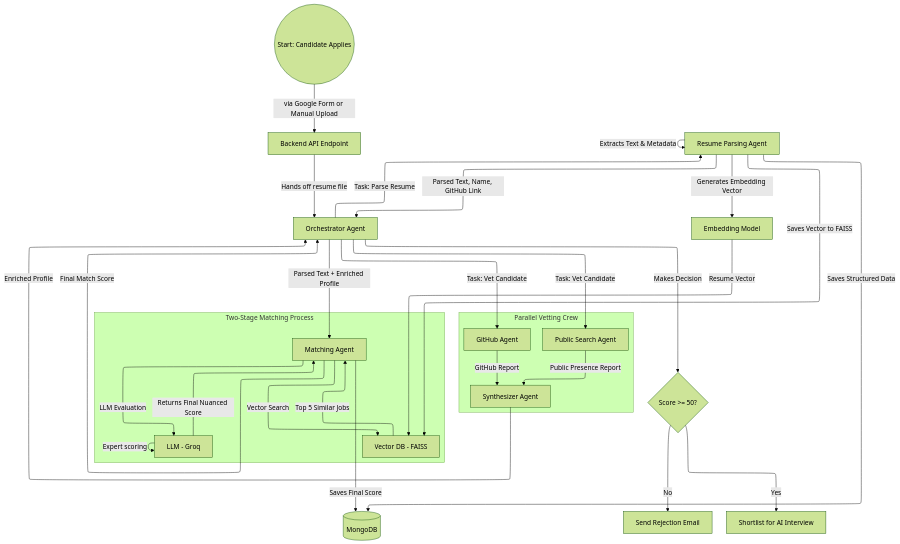
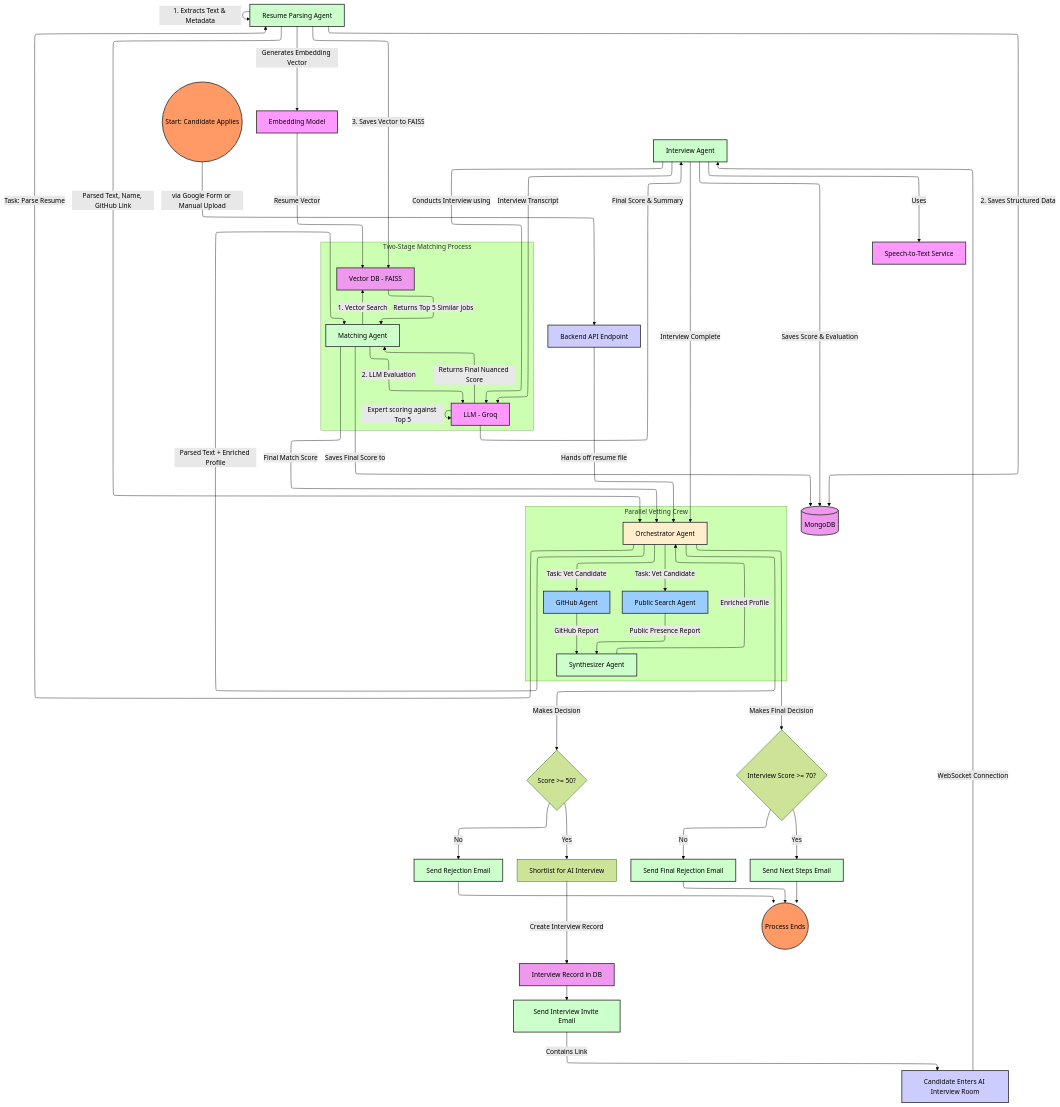
One commit to deepeshyadav760/multiagent_ai_hiring_system changed the diagram in README.md. Above: the diagram before and after it, drawn with Mermaid (forest theme).

````diff
--- a/README.md
+++ b/README.md
@@ -48,74 +48,86 @@
   layout: elk
 ---
 flowchart TB
+ subgraph Parallel_Vetting_Crew["Parallel Vetting Crew"]
+    direction LR
+        GitHub["GitHub Agent"]
+        Orchestrator["Orchestrator Agent"]
+        Search["Public Search Agent"]
+        Synthesizer["Synthesizer Agent"]
+  end
+ subgraph Two_Stage_Matching["Two-Stage Matching Process"]
+    direction TB
+        FAISS["Vector DB - FAISS"]
+        Matcher["Matching Agent"]
+        LLM["LLM - Groq"]
+  end
+    Start(("Start: Candidate Applies")) -- via Google Form or Manual Upload --> API["Backend API Endpoint"]
+    API -- Hands off resume file --> Orchestrator
+    Orchestrator -- Task: Parse Resume --> Parser["Resume Parsing Agent"]
+    Parser -- "1. Extracts Text & Metadata" --> Parser
+    Parser -- Generates Embedding Vector --> Embedding["Embedding Model"]
+    Parser -- "2. Saves Structured Data" --> MongoDB[("MongoDB")]
+    Embedding -- Resume Vector --> FAISS
+    Parser -- "3. Saves Vector to FAISS" --> FAISS
+    Parser -- Parsed Text, Name, GitHub Link --> Orchestrator
+    Orchestrator -- Task: Vet Candidate --> GitHub & Search
+    GitHub -- GitHub Report --> Synthesizer
+    Search -- Public Presence Report --> Synthesizer
+    Synthesizer -- Enriched Profile --> Orchestrator
+    Orchestrator -- Parsed Text + Enriched Profile --> Matcher
+    Matcher -- "1. Vector Search" --> FAISS
+    FAISS -- Returns Top 5 Similar Jobs --> Matcher
+    Matcher -- "2. LLM Evaluation" --> LLM
+    LLM -- Expert scoring against Top 5 --> LLM
+    LLM -- Returns Final Nuanced Score --> Matcher
+    Matcher -- Final Match Score --> Orchestrator
+    Matcher -- Saves Final Score to --> MongoDB
+    Orchestrator -- Makes Decision --> Decision{"Score >= 50?"}
+    Decision -- No --> RejectEmail["Send Rejection Email"]
+    Decision -- Yes --> Shortlist["Shortlist for AI Interview"]
+    Shortlist -- Create Interview Record --> CreateInterview["Interview Record in DB"]
+    CreateInterview --> InviteEmail["Send Interview Invite Email"]
+    InviteEmail -- Contains Link --> InterviewUI["Candidate Enters AI Interview Room"]
+    InterviewUI -- WebSocket Connection --> Interviewer["Interview Agent"]
+    Interviewer -- Conducts Interview using --> LLM
+    Interviewer -- Uses --> STT["Speech-to-Text Service"]
+    Interviewer -- Interview Transcript --> LLM
+    LLM -- Final Score & Summary --> Interviewer
+    Interviewer -- Saves Score & Evaluation --> MongoDB
+    Interviewer -- Interview Complete --> Orchestrator
+    Orchestrator -- Makes Final Decision --> FinalDecision{"Interview Score >= 70?"}
+    FinalDecision -- No --> FinalReject["Send Final Rejection Email"]
+    FinalDecision -- Yes --> Hire["Send Next Steps Email"]
+    RejectEmail --> End(("Process Ends"))
+    FinalReject --> End
+    Hire --> End
 
-%% =========================
-%%     PARALLEL VETTING CREW
-%% =========================
-subgraph Parallel_Vetting_Crew["Parallel Vetting Crew"]
-    direction LR
-    GitHub["GitHub Agent"]
-    Search["Public Search Agent"]
-    Synthesizer["Synthesizer Agent"]
-end
-
-%% =========================
-%%     TWO STAGE MATCHING
-%% =========================
-subgraph Two_Stage_Matching["Two-Stage Matching Process"]
-    direction TB
-    Matcher["Matching Agent"]
-    FAISS["Vector DB - FAISS"]
-    LLM["LLM - Groq"]
-end
-
-%% =========================
-%%     MAIN WORKFLOW
-%% =========================
-
-Start(("Start: Candidate Applies"))
-    -->|via Google Form or Manual Upload| API["Backend API Endpoint"]
-
-API -->|Hands off resume file| Orchestrator["Orchestrator Agent"]
-
-%% Parsing
-Orchestrator -->|Task: Parse Resume| Parser["Resume Parsing Agent"]
-
-Parser -->|"Extracts Text & Metadata"| Parser
-Parser -->|Generates Embedding Vector| Embedding["Embedding Model"]
-Parser -->|"Saves Structured Data"| MongoDB[("MongoDB")]
-
-Embedding -->|Resume Vector| FAISS
-
-Parser -->|"Saves Vector to FAISS"| FAISS
-Parser -->|Parsed Text, Name, GitHub Link| Orchestrator
-
-%% Parallel Vetting
-Orchestrator -->|Task: Vet Candidate| GitHub
-Orchestrator -->|Task: Vet Candidate| Search
-
-GitHub -->|GitHub Report| Synthesizer
-Search -->|Public Presence Report| Synthesizer
-
-Synthesizer -->|Enriched Profile| Orchestrator
-
-%% Matching
-Orchestrator -->|Parsed Text + Enriched Profile| Matcher
-
-Matcher -->|"Vector Search"| FAISS
-FAISS -->|Top 5 Similar Jobs| Matcher
-
-Matcher -->|"LLM Evaluation"| LLM
-LLM -->|Expert scoring| LLM
-LLM -->|Returns Final Nuanced Score| Matcher
-
-Matcher -->|Final Match Score| Orchestrator
-Matcher -->|Saves Final Score| MongoDB
-
-%% Decision
-Orchestrator -->|Makes Decision| Decision{"Score >= 50?"}
-
-Decision -->|No| RejectEmail["Send Rejection Email"]
-Decision -->|Yes| Shortlist["Shortlist for AI Interview"]
-
+     Start:::start_end
+     API:::user_interaction
+     Orchestrator:::main_agent
+     Parser:::sub_agent
+     Embedding:::service
+     MongoDB:::db
+     FAISS:::db
+     GitHub:::parallel_agent
+     Search:::parallel_agent
+     Synthesizer:::sub_agent
+     Matcher:::sub_agent
+     LLM:::service
+     RejectEmail:::sub_agent
+     CreateInterview:::db
+     InviteEmail:::sub_agent
+     InterviewUI:::user_interaction
+     Interviewer:::sub_agent
+     STT:::service
+     FinalReject:::sub_agent
+     Hire:::sub_agent
+     End:::start_end
+    classDef start_end fill:#f96,stroke:#333,stroke-width:2px
+    classDef user_interaction fill:#ccf,stroke:#333,stroke-width:2px
+    classDef main_agent fill:#fec,stroke:#333,stroke-width:2px
+    classDef sub_agent fill:#cfc,stroke:#333,stroke-width:2px
+    classDef parallel_agent fill:#9cf,stroke:#333,stroke-width:2px
+    classDef db fill:#e9e,stroke:#333,stroke-width:2px
+    classDef service fill:#f9f,stroke:#333,stroke-width:2px
 ```
````
